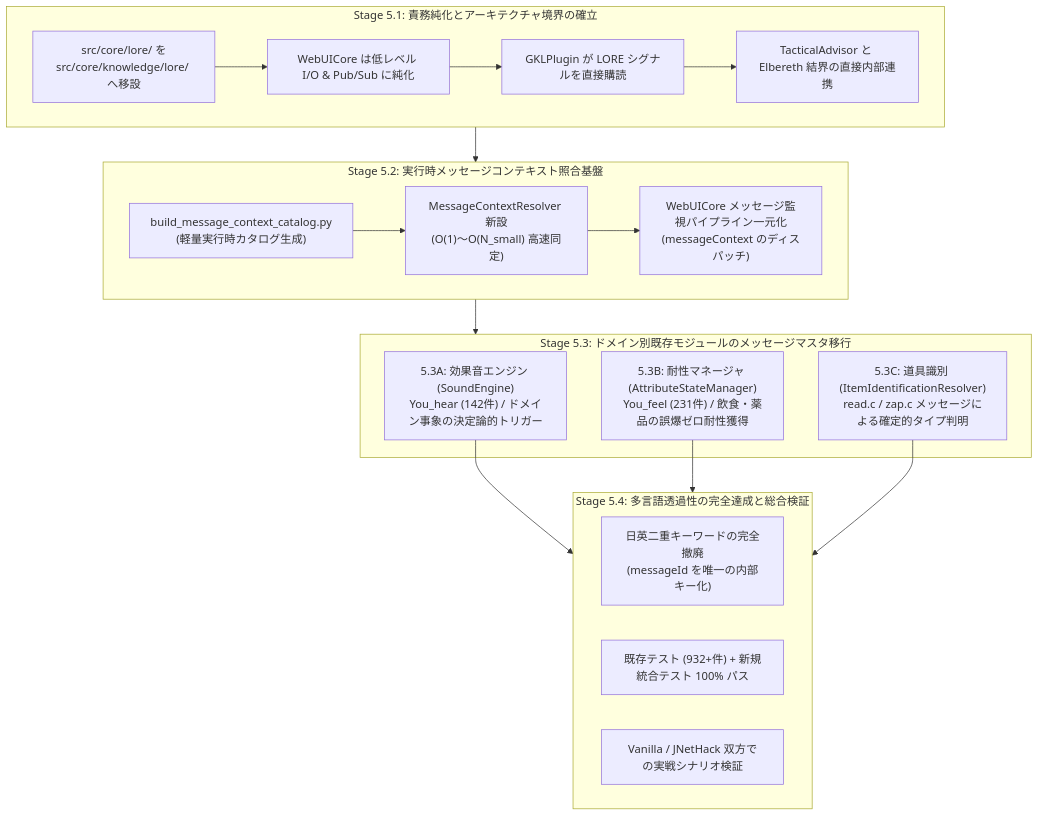
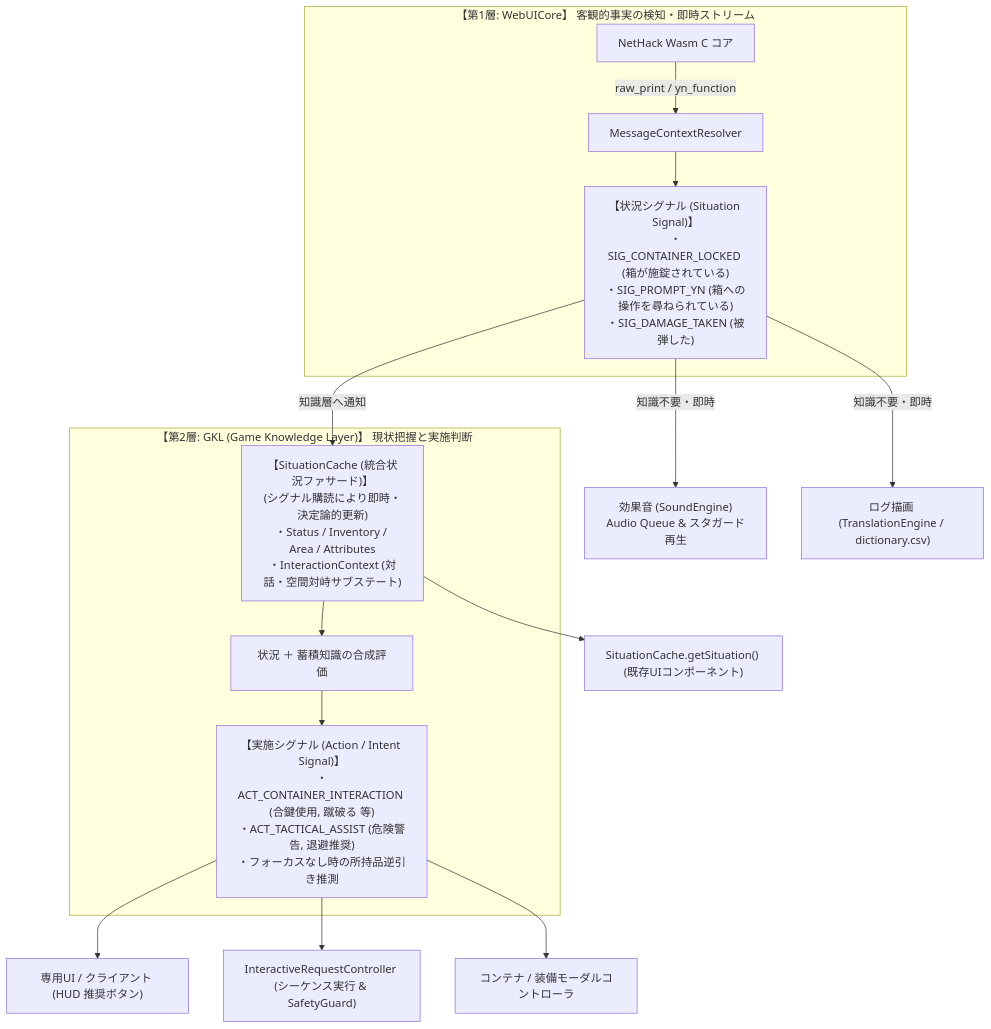
One commit to e3sh/Nethack-wasm-webUI changed the first of 2 diagrams in docs/7_futures/phase5_detailed_migration_plan.ja.md. Above: the diagram before and after it, drawn with Mermaid. The commit also changed other lines of this file and 7 other files, not shown here.

````diff
--- a/docs/7_futures/phase5_detailed_migration_plan.ja.md
+++ b/docs/7_futures/phase5_detailed_migration_plan.ja.md
@@ -53,31 +71,23 @@
 ```mermaid
 flowchart TD
-    subgraph S1["Stage 5.1: 責務純化とアーキテクチャ境界の確立"]
-        A1["src/core/lore/ を<br/>src/core/knowledge/lore/ へ移設"] --> A2["WebUICore は低レベル I/O &amp; Pub/Sub に純化"]
-        A2 --> A3["GKLPlugin が LORE シグナルを直接購読"]
-        A3 --> A4["TacticalAdvisor と Elbereth 結界の直接内部連携"]
+    subgraph Core["【第1層: WebUICore】 客観的事実の検知・即時ストリーム"]
+        Wasm["NetHack Wasm C コア"] -->|raw_print / yn_function| MCR["MessageContextResolver"]
+        MCR --> SitSig["【状況シグナル (Situation Signal)】<br/>・SIG_CONTAINER_LOCKED (箱が施錠されている)<br/>・SIG_PROMPT_YN (箱への操作を尋ねられている)<br/>・SIG_DAMAGE_TAKEN (被弾した)"]
     end
 
-    subgraph S2["Stage 5.2: 実行時メッセージコンテキスト照合基盤"]
-        B1["build_message_context_catalog.py<br/>(軽量実行時カタログ生成)"] --> B2["MessageContextResolver 新設<br/>(O(1)〜O(N_small) 高速同定)"]
-        B2 --> B3["WebUICore メッセージ監視パイプライン一元化<br/>(messageContext のディスパッチ)"]
+    SitSig -->|知識不要・即時| SE["効果音 (SoundEngine)<br/>Audio Queue &amp; スタガード再生"]
+    SitSig -->|知識不要・即時| Log["ログ描画 (TranslationEngine / dictionary.csv)"]
+    SitSig -->|知識層へ通知| ContextState
+
+    subgraph GKL["【第2層: GKL (Game Knowledge Layer)】 現状把握と実施判断"]
+        ContextState["【SituationCache (統合状況ファサード)】<br/>(シグナル購読により即時・決定論的更新)<br/>・Status / Inventory / Area / Attributes<br/>・InteractionContext (対話・空間対峙サブステート)"]
+        
+        ContextState --> Decision["状況 ＋ 蓄積知識の合成評価"]
+        Decision --> ActSig["【実施シグナル (Action / Intent Signal)】<br/>・ACT_CONTAINER_INTERACTION (合鍵使用, 蹴破る 等)<br/>・ACT_TACTICAL_ASSIST (危険警告, 退避推奨)<br/>・フォーカスなし時の所持品逆引き推測"]
     end
 
-    subgraph S3["Stage 5.3: ドメイン別既存モジュールのメッセージマスタ移行"]
-        C1["5.3A: 効果音エンジン (SoundEngine)<br/>You_hear (142件) / ドメイン事象の決定論的トリガー"]
-        C2["5.3B: 耐性マネージャ (AttributeStateManager)<br/>You_feel (231件) / 飲食・薬品の誤爆ゼロ耐性獲得"]
-        C3["5.3C: 道具識別 (ItemIdentificationResolver)<br/>read.c / zap.c メッセージによる確定的タイプ判明"]
-    end
-
-    subgraph S4["Stage 5.4: 多言語透過性の完全達成と総合検証"]
-        D1["日英二重キーワードの完全撤廃<br/>(messageId を唯一の内部キー化)"]
-        D2["既存テスト (932+件) + 新規統合テスト 100% パス"]
-        D3["Vanilla / JNetHack 双方での実戦シナリオ検証"]
-    end
-
-    S1 --> S2
-    S2 --> S3
-    C1 --> S4
-    C2 --> S4
-    C3 --> S4
+    ActSig --> DedicatedUI["専用UI / クライアント (HUD 推奨ボタン)"]
+    ActSig --> IRC["InteractiveRequestController (シーケンス実行 &amp; SafetyGuard)"]
+    ActSig --> ModalCtrl["コンテナ / 装備モーダルコントローラ"]
+    ContextState --> GetSit["SituationCache.getSituation() (既存UIコンポーネント)"]
 ```
````
